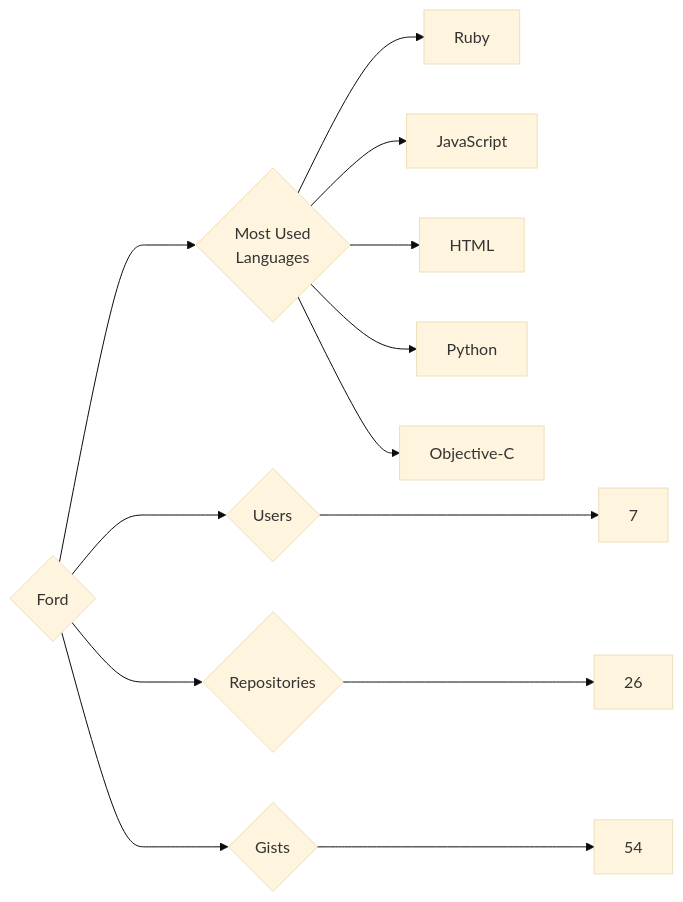
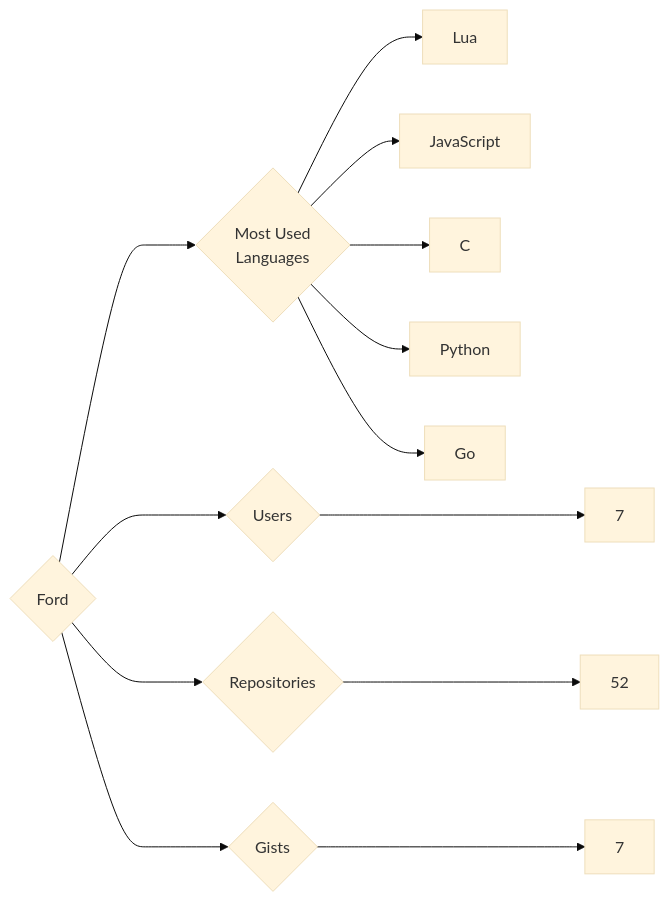
The diagram in targets/Ford/README.md (trickest/insiders), drawn with Mermaid (base theme) before and after one commit. The commit also changed 559 other files, not shown here.

````diff
--- a/targets/Ford/README.md
+++ b/targets/Ford/README.md
@@ -3,13 +3,13 @@
 ```mermaid
 graph LR
 COMPANY_NAME{Ford}
 COMPANY_NAME ---> U{Users} ---> UN[7]
-COMPANY_NAME ---> R{Repositories} ---> RN[26]
-COMPANY_NAME ---> G{Gists} ---> GN[54]
+COMPANY_NAME ---> R{Repositories} ---> RN[52]
+COMPANY_NAME ---> G{Gists} ---> GN[7]
 COMPANY_NAME ---> ML{Most Used<br>Languages}
-ML --> Ruby[Ruby]
+ML --> Lua[Lua]
 ML --> JavaScript[JavaScript]
-ML --> HTML[HTML]
+ML --> C[C]
 ML --> Python[Python]
-ML --> Objective-C[Objective-C]
+ML --> Go[Go]
 ```
````
